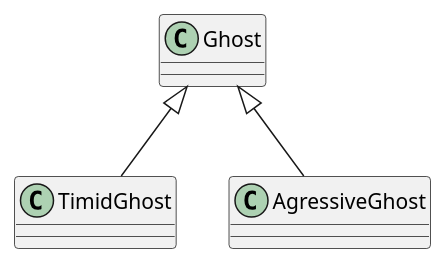
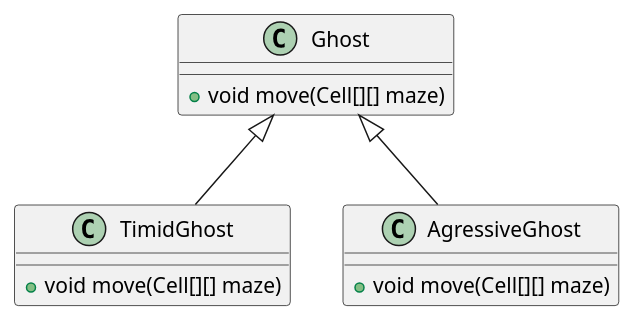
One commit to frederic1979/git_session2 changed the first of 5 diagrams in session1/cours/java_poo_polymorphisme_dynamique.org. Above: the diagram before and after it, drawn with PlantUML. The commit also changed other lines of this file and 4 other files, not shown here.

Commit message:
ajout qualifiers sur les méthodes dans les schémas UML de poo

```diff
--- a/session1/cours/java_poo_polymorphisme_dynamique.org
+++ b/session1/cours/java_poo_polymorphisme_dynamique.org
@@ -94,8 +94,14 @@
 #+BEGIN_SRC plantuml :file img/ghost-poo-base-class.png
-class TimidGhost
-class AgressiveGhost
-class Ghost
+class TimidGhost{
++ void move(Cell[][] maze)
+}
+class AgressiveGhost{
++ void move(Cell[][] maze)
+}
+class Ghost{
++ void move(Cell[][] maze)
+}
 
 Ghost <|-- AgressiveGhost
 Ghost <|-- TimidGhost
 #+END_SRC
```
